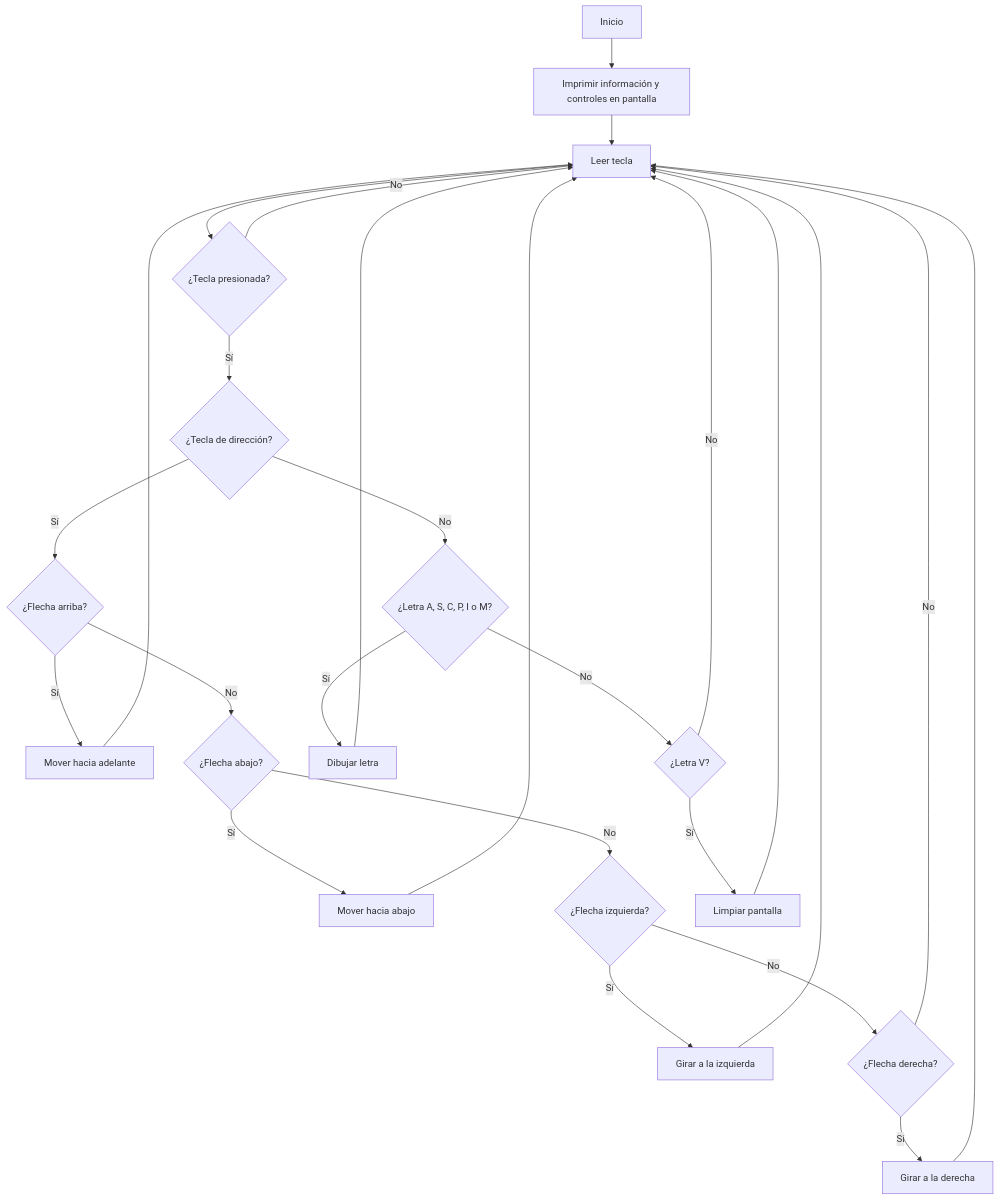
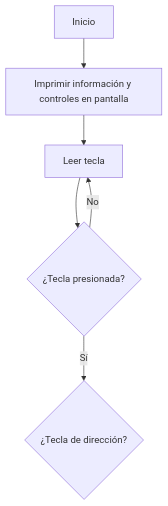
The diagram in README.md (isamendo17/LabRobotica), drawn with Mermaid before and after one commit.

````diff
--- a/README.md
+++ b/README.md
@@ -12,28 +12,9 @@
 ```mermaid
 flowchart TD
     A[Inicio] --> B[Imprimir información y controles en pantalla]
     B --> C[Leer tecla]
     C --> D{¿Tecla presionada?}
     D -- No --> C
     D -- Sí --> E{¿Tecla de dirección?}
-    E -- Sí --> F{¿Flecha arriba?}
-    E -- No --> G{¿Letra A, S, C, P, I o M?}
-    F -- Sí --> H[Mover hacia adelante]
-    F -- No --> I{¿Flecha abajo?}
-    G -- Sí --> J[Dibujar letra]
-    G -- No --> K{¿Letra V?}
-    H --> C
-    I -- Sí --> L[Mover hacia abajo]
-    I -- No --> M{¿Flecha izquierda?}
-    J --> C
-    K -- Sí --> N[Limpiar pantalla]
-    K -- No --> C
-    L --> C
-    M -- Sí --> O[Girar a la izquierda]
-    M -- No --> P{¿Flecha derecha?}
-    N --> C
-    O --> C
-    P -- Sí --> Q[Girar a la derecha]
-    P -- No --> C
-    Q --> C
+
 ```
````
